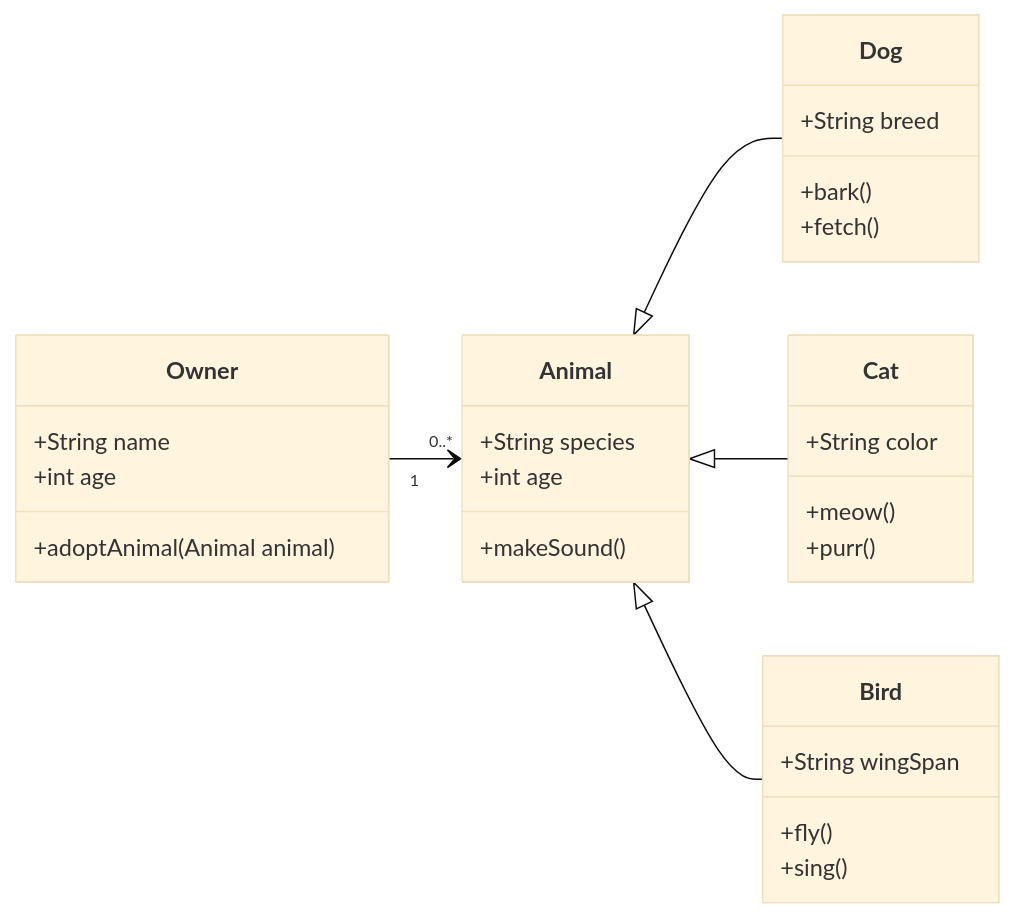
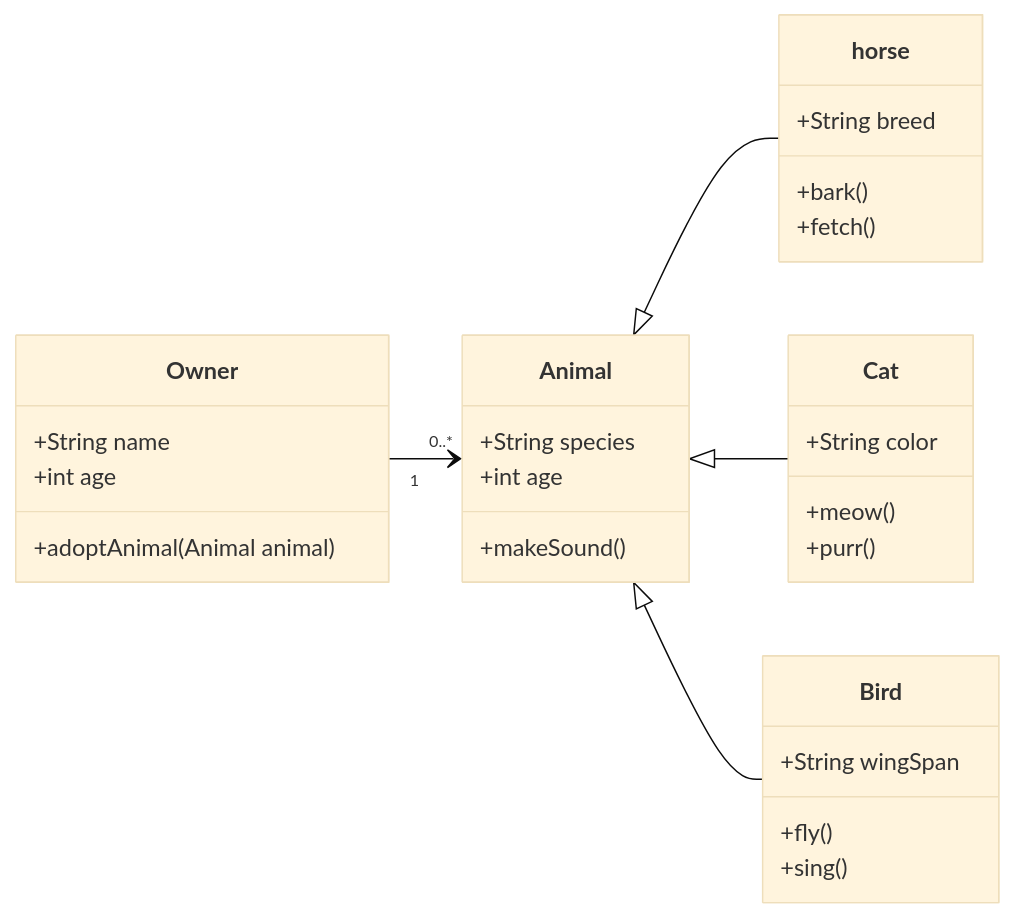
Before and after one commit to pocketmarble/pocketmarble.github.io: the second of 2 diagrams in _posts/2018-12-22-distill.md, drawn with Mermaid (base theme). The commit also changed other lines of this file and 26 other files, not shown here.

````diff
--- a/_posts/2018-12-22-distill.md
+++ b/_posts/2018-12-22-distill.md
@@ -269,35 +269,35 @@
 ```mermaid
 classDiagram
 direction LR
     class Animal {
         +String species
         +int age
         +makeSound()
     }
-    class Dog {
+    class horse {
         +String breed
         +bark()
     }
     class Cat {
         +String color
         +meow()
     }
     class Bird {
         +String wingSpan
         +fly()
     }
     class Owner {
         +String name
         +int age
         +adoptAnimal(Animal animal)
     }
 
-    Animal <|-- Dog
+    Animal <|-- horse
     Animal <|-- Cat
     Animal <|-- Bird
     Owner "1" --> "0..*" Animal
 
-    Dog : +fetch()
+    horse : +fetch()
     Cat : +purr()
     Bird : +sing()
 ```
````
